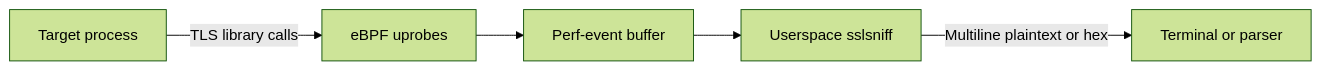
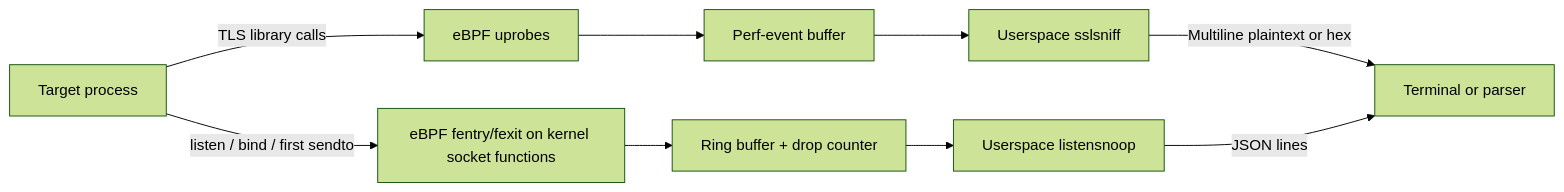
One commit to datrail/ebpf-tls-tap changed the diagram in README.md. Above: the diagram before and after it, drawn with Mermaid (forest theme). The commit also changed other lines of this file and 13 other files, not shown here.

````diff
--- a/README.md
+++ b/README.md
@@ -24,7 +97,11 @@
 ```mermaid
 flowchart LR
   process[Target process] -->|TLS library calls| bpf[eBPF uprobes]
   bpf --> events[Perf-event buffer]
   events --> sslsniff[Userspace sslsniff]
   sslsniff -->|Multiline plaintext or hex| output[Terminal or parser]
+  process -->|listen / bind / first sendto| kfn[eBPF fentry/fexit on kernel socket functions]
+  kfn --> ring[Ring buffer + drop counter]
+  ring --> listensnoop[Userspace listensnoop]
+  listensnoop -->|JSON lines| output
 ```
````
